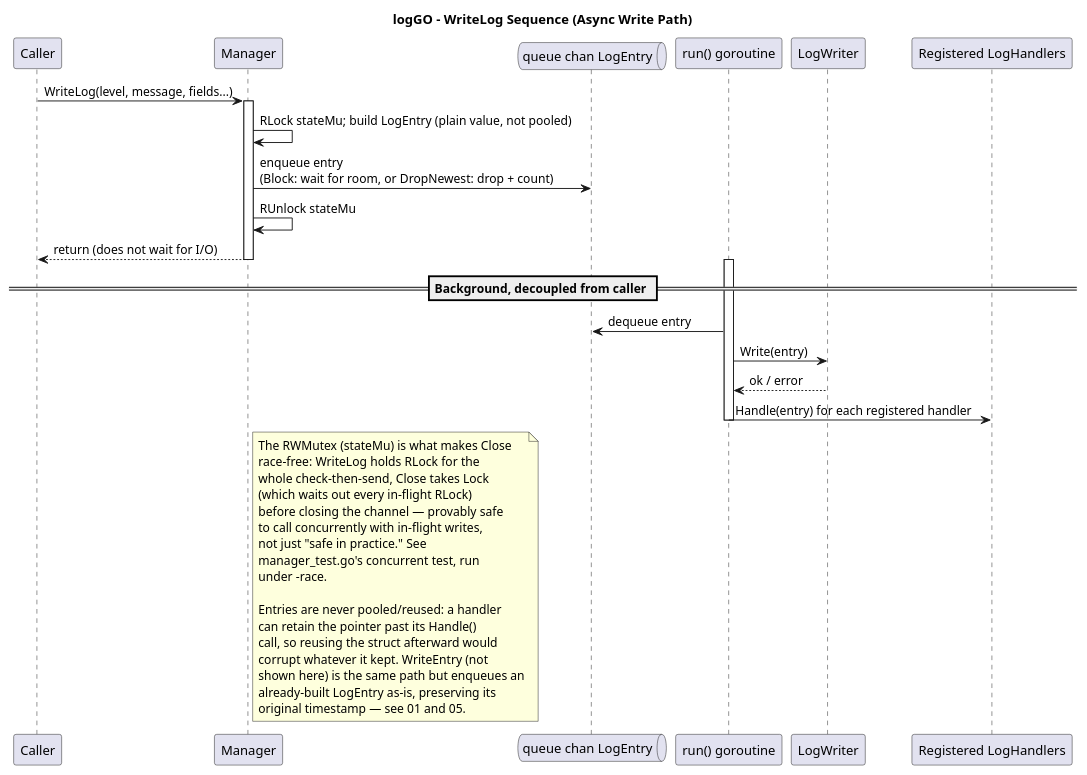
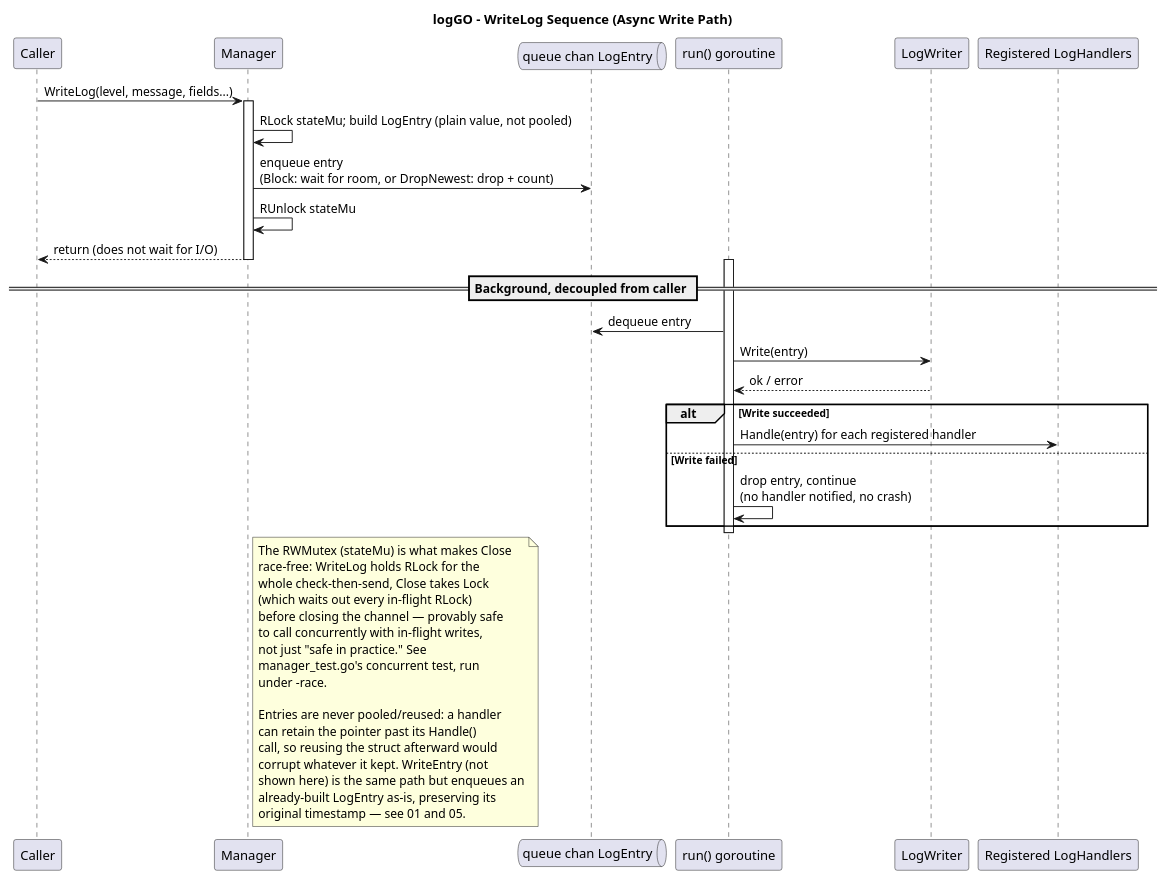
The diagram in docs/diagrams/02-logGO-write-sequence.puml (ttfancy/logGO), drawn with PlantUML before and after one commit. The commit also changed 2 other files, not shown here.

Commit message:
Fix diagram drift found by a full diagram-vs-code audit
01-logGO-structure.puml: LogReader.Read's first parameter is Level,
not string -- Manager.ReadLogs converts the caller's string via
parseLevel() before calling it.

02-logGO-write-sequence.puml: handlers are only notified after a
successful Write; the diagram showed Handle() being called
unconditionally, but manager.go's run() loop skips straight to the
next entry on a write error without ever notifying a handler.

04-server-components.puml: noted the previously-undocumented
GET /healthz route.

Verified via a fresh read of every referenced source file, not just a
visual pass, and re-checked with `plantuml -checkonly`.

```diff
--- a/docs/diagrams/02-logGO-write-sequence.puml
+++ b/docs/diagrams/02-logGO-write-sequence.puml
@@ -1,47 +1,51 @@
 @startuml
 title logGO - WriteLog Sequence (Async Write Path)
 
 participant Caller
 participant Manager
 queue Channel as "queue chan LogEntry"
 participant WriterLoop as "run() goroutine"
 participant LogWriter
 participant Handlers as "Registered LogHandlers"
 
 Caller -> Manager: WriteLog(level, message, fields...)
 activate Manager
 Manager -> Manager: RLock stateMu; build LogEntry (plain value, not pooled)
 Manager -> Channel: enqueue entry\n(Block: wait for room, or DropNewest: drop + count)
 Manager -> Manager: RUnlock stateMu
 Manager --> Caller: return (does not wait for I/O)
 deactivate Manager
 
 == Background, decoupled from caller ==
 activate WriterLoop
 WriterLoop -> Channel: dequeue entry
 WriterLoop -> LogWriter: Write(entry)
 LogWriter --> WriterLoop: ok / error
-WriterLoop -> Handlers: Handle(entry) for each registered handler
+alt Write succeeded
+  WriterLoop -> Handlers: Handle(entry) for each registered handler
+else Write failed
+  WriterLoop -> WriterLoop: drop entry, continue\n(no handler notified, no crash)
+end
 deactivate WriterLoop
 
 note right of Manager
   The RWMutex (stateMu) is what makes Close
   race-free: WriteLog holds RLock for the
   whole check-then-send, Close takes Lock
   (which waits out every in-flight RLock)
   before closing the channel — provably safe
   to call concurrently with in-flight writes,
   not just "safe in practice." See
   manager_test.go's concurrent test, run
   under -race.
 
   Entries are never pooled/reused: a handler
   can retain the pointer past its Handle()
   call, so reusing the struct afterward would
   corrupt whatever it kept. WriteEntry (not
   shown here) is the same path but enqueues an
   already-built LogEntry as-is, preserving its
   original timestamp — see 01 and 05.
 end note
 
 @enduml
```
